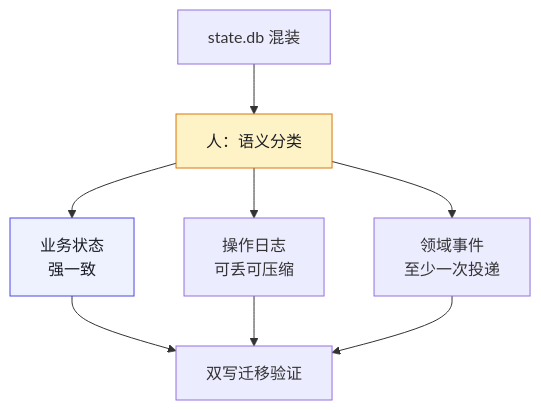
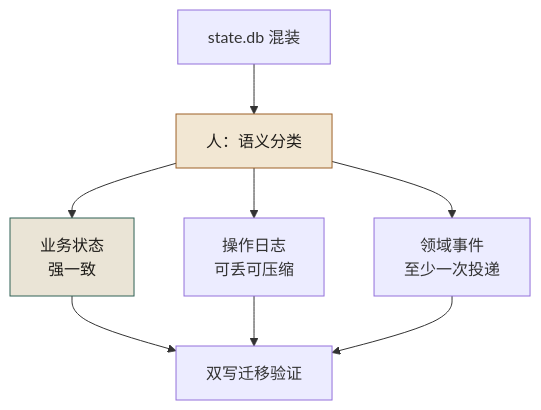
Before and after one commit to funny8kids/AI_Native_Software_Engineering: the first of 2 diagrams in docs/manuscript/ch17-第12章-数据与日志分家.md, drawn with Mermaid. The commit also changed other lines of this file and 81 other files, not shown here.

````diff
--- a/docs/manuscript/ch17-第12章-数据与日志分家.md
+++ b/docs/manuscript/ch17-第12章-数据与日志分家.md
@@ -6,12 +13,12 @@
 ```mermaid
 flowchart TB
   OLD[state.db 混装] --> CLASS[人：语义分类]
   CLASS --> S[业务状态<br/>强一致]
   CLASS --> L[操作日志<br/>可丢可压缩]
   CLASS --> E[领域事件<br/>至少一次投递]
   S --> MIG[双写迁移验证]
   L --> MIG
   E --> MIG
-  style CLASS fill:#fef3c7,stroke:#d97706,color:#1a1d23
-  style S fill:#eef2ff,stroke:#4f46e5,color:#1a1d23
+  style CLASS fill:#f2e7d3,stroke:#9d6127,color:#1e1c19
+  style S fill:#eae4d6,stroke:#2f6154,color:#1e1c19
 ```
````
